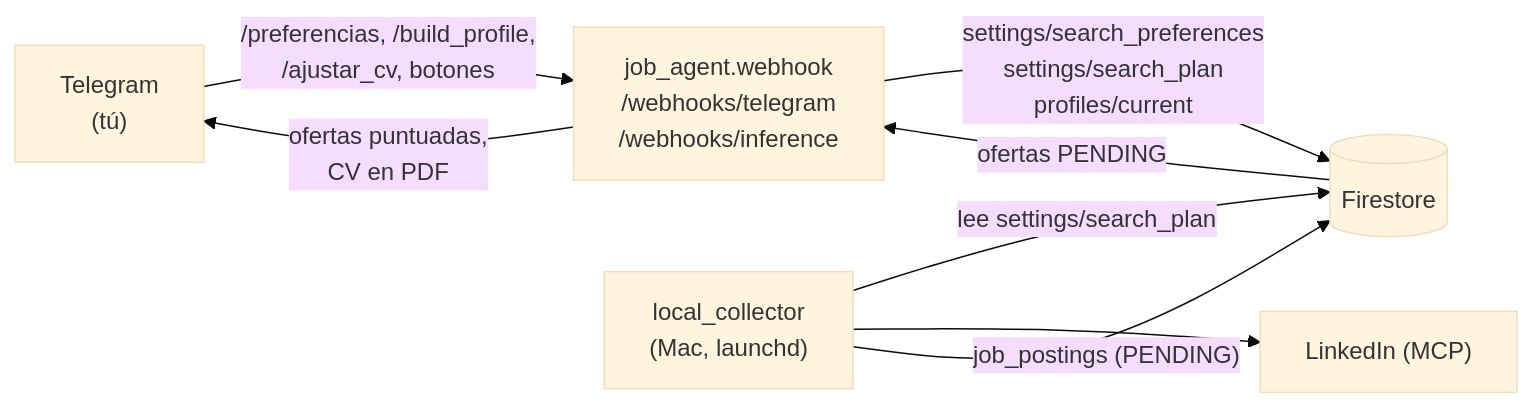
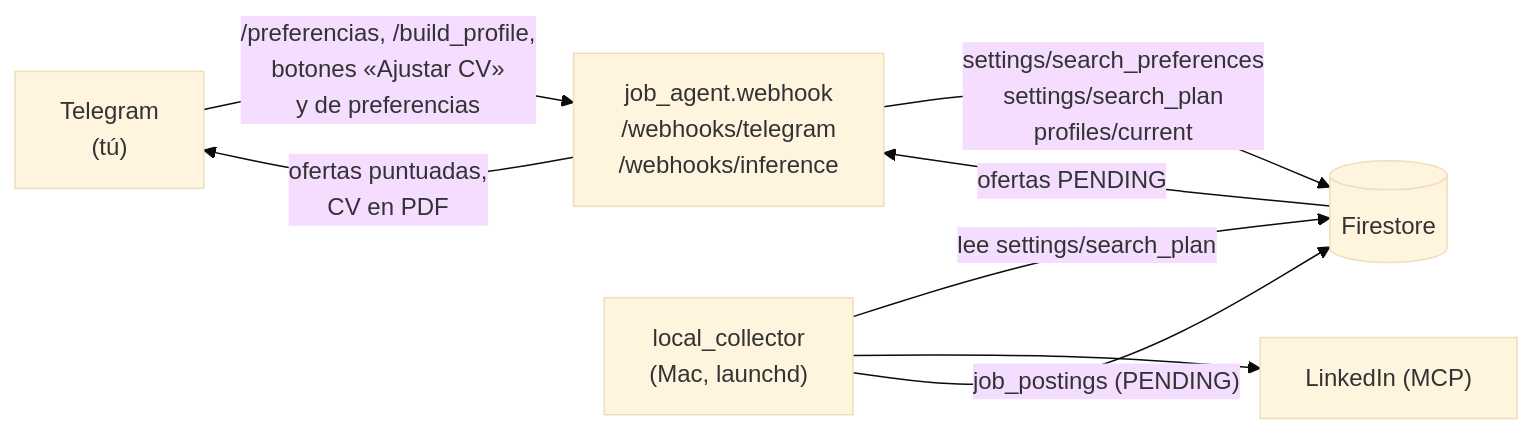
Before and after one commit to HugoTalledos/job-search: the first of 2 diagrams in docs/arquitectura.md, drawn with Mermaid (base theme). The commit also changed other lines of this file and 8 other files, not shown here.

````diff
--- a/docs/arquitectura.md
+++ b/docs/arquitectura.md
@@ -19,16 +19,16 @@
 ```mermaid
 flowchart LR
     TG["Telegram<br/>(tú)"]
     WH["job_agent.webhook<br/>/webhooks/telegram<br/>/webhooks/inference"]
     FS[("Firestore")]
     COL["local_collector<br/>(Mac, launchd)"]
     LI["LinkedIn (MCP)"]
 
-    TG -- "/preferencias, /build_profile,<br/>/ajustar_cv, botones" --> WH
+    TG -- "/preferencias, /build_profile,<br/>botones «Ajustar CV»<br/>y de preferencias" --> WH
     WH -- "settings/search_preferences<br/>settings/search_plan<br/>profiles/current" --> FS
     COL -- "lee settings/search_plan" --> FS
     COL --> LI
     COL -- "job_postings (PENDING)" --> FS
     FS -- "ofertas PENDING" --> WH
     WH -- "ofertas puntuadas,<br/>CV en PDF" --> TG
 ```
````
